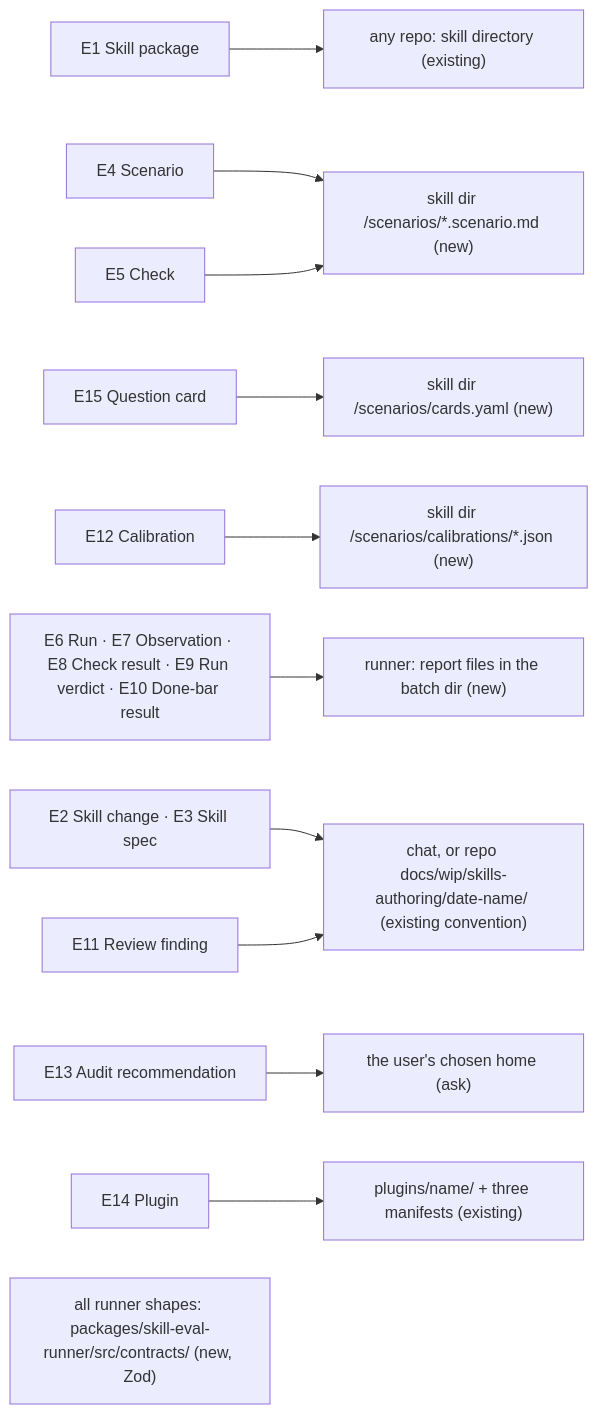
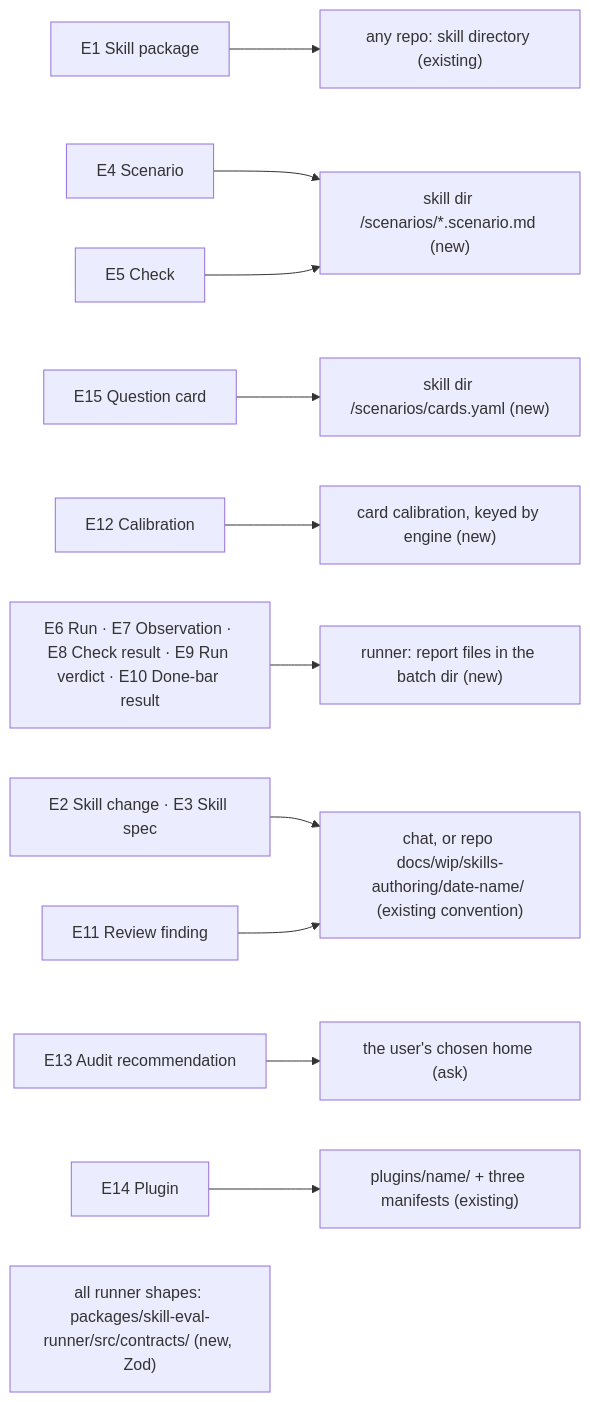
Before and after one commit to ShravanSunder/ai-tools: the second of 4 diagrams in docs/specs/2026-10-02-skill-authoring-plugin/2026-10-02-skill-authoring-plugin-program-design.md, drawn with Mermaid. The commit also changed other lines of this file, not shown here.

````diff
--- a/docs/specs/2026-10-02-skill-authoring-plugin/2026-10-02-skill-authoring-plugin-program-design.md
+++ b/docs/specs/2026-10-02-skill-authoring-plugin/2026-10-02-skill-authoring-plugin-program-design.md
@@ -118,14 +120,14 @@
 ```mermaid
 flowchart LR
   E1["E1 Skill package"] --> H1["any repo: skill directory (existing)"]
   E4["E4 Scenario"] --> H4["skill dir /scenarios/*.scenario.md (new)"]
   E5["E5 Check"] --> H4
   E15["E15 Question card"] --> H15["skill dir /scenarios/cards.yaml (new)"]
-  E12["E12 Calibration"] --> H12["skill dir /scenarios/calibrations/*.json (new)"]
+  E12["E12 Calibration"] --> H12["card calibration, keyed by engine (new)"]
   E6["E6 Run · E7 Observation · E8 Check result · E9 Run verdict · E10 Done-bar result"] --> HR["runner: report files in the batch dir (new)"]
   E2["E2 Skill change · E3 Skill spec"] --> HC["chat, or repo docs/wip/skills-authoring/date-name/ (existing convention)"]
   E11["E11 Review finding"] --> HC
   E13["E13 Audit recommendation"] --> HA["the user's chosen home (ask)"]
   E14["E14 Plugin"] --> HP["plugins/name/ + three manifests (existing)"]
   SCH["all runner shapes: packages/skill-eval-runner/src/contracts/ (new, Zod)"]
 ```
````
